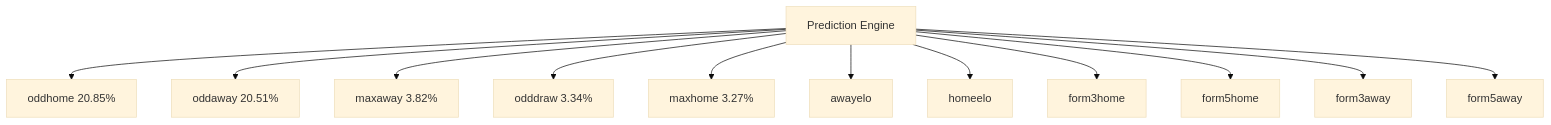
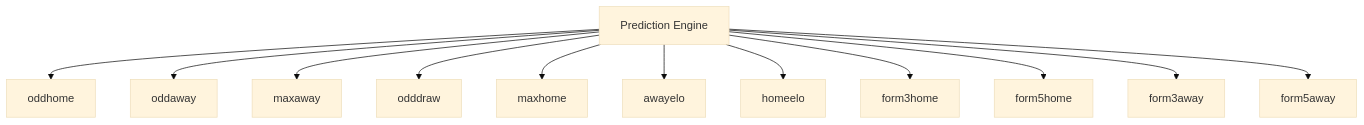
The fourth of 11 diagrams in Match_Prediction_Intelligence.md (sai-ganesh-4539/StatVault), drawn with Mermaid (base theme) before and after one commit. The commit also changed other lines of this file, not shown here.

````diff
--- a/Match_Prediction_Intelligence.md
+++ b/Match_Prediction_Intelligence.md
@@ -102,21 +167,22 @@
 ```mermaid
 graph TD
 
 A[Prediction Engine]
 
-A --> B[oddhome 20.85%]
-A --> C[oddaway 20.51%]
+A --> B[oddhome]
+A --> C[oddaway]
 
-A --> D[maxaway 3.82%]
-A --> E[odddraw 3.34%]
-A --> F[maxhome 3.27%]
+A --> D[maxaway]
+A --> E[odddraw]
+
+A --> F[maxhome]
 
 A --> G[awayelo]
 A --> H[homeelo]
 
 A --> I[form3home]
 A --> J[form5home]
 
 A --> K[form3away]
 A --> L[form5away]
 ```
````
